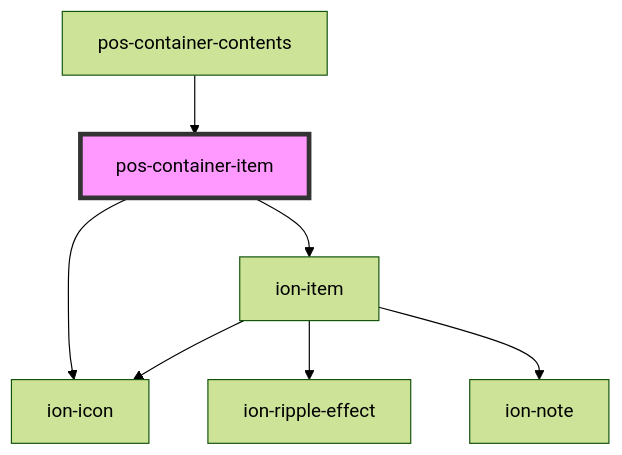
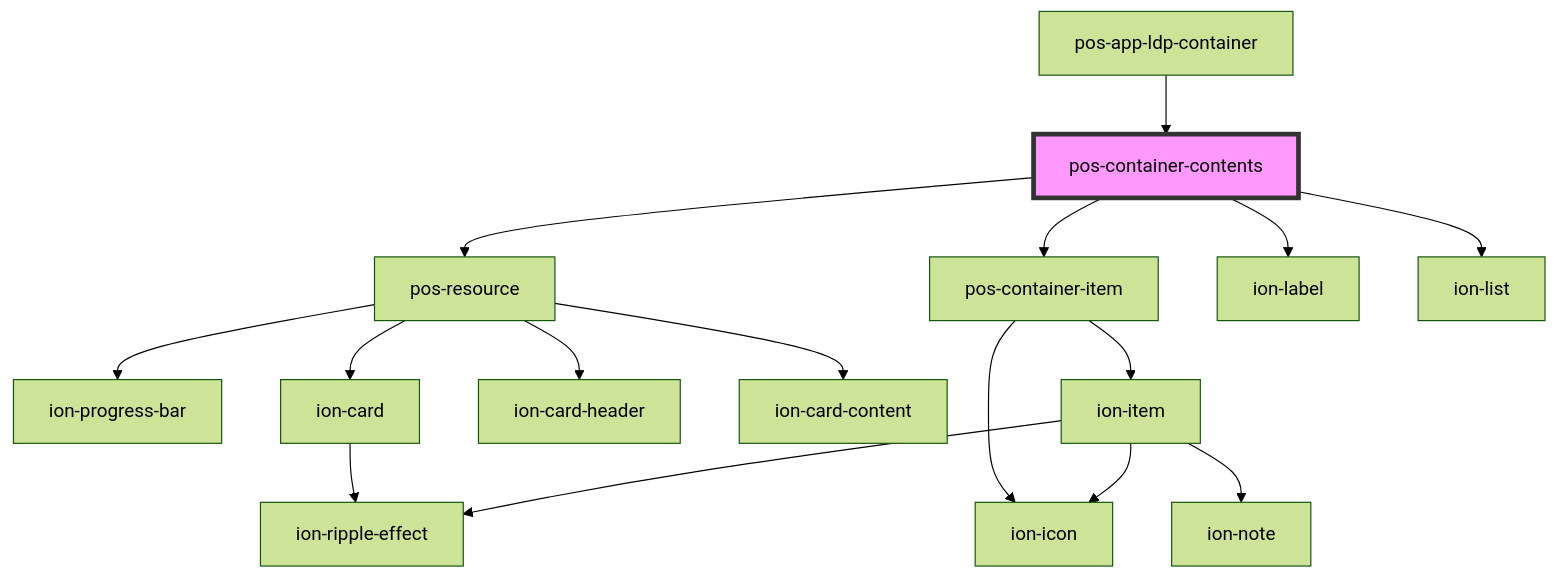
Before and after one commit to pod-os/PodOS: the diagram in docs/elements/components/pos-container-contents/readme.md, drawn with Mermaid (forest theme). The commit also changed other lines of this file and 1 other file, not shown here.

Commit message:
doc: update outdated readmes

````diff
--- a/docs/elements/components/pos-container-contents/readme.md
+++ b/docs/elements/components/pos-container-contents/readme.md
@@ -28,10 +29,19 @@
 ```mermaid
 graph TD;
+  pos-container-contents --> pos-resource
+  pos-container-contents --> pos-container-item
+  pos-container-contents --> ion-label
+  pos-container-contents --> ion-list
+  pos-resource --> ion-progress-bar
+  pos-resource --> ion-card
+  pos-resource --> ion-card-header
+  pos-resource --> ion-card-content
+  ion-card --> ion-ripple-effect
   pos-container-item --> ion-item
   pos-container-item --> ion-icon
   ion-item --> ion-icon
   ion-item --> ion-ripple-effect
   ion-item --> ion-note
-  pos-container-contents --> pos-container-item
-  style pos-container-item fill:#f9f,stroke:#333,stroke-width:4px
+  pos-app-ldp-container --> pos-container-contents
+  style pos-container-contents fill:#f9f,stroke:#333,stroke-width:4px
 ```
````
